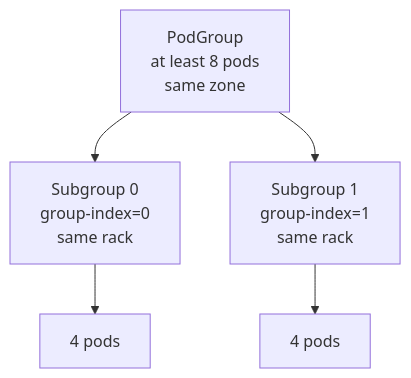
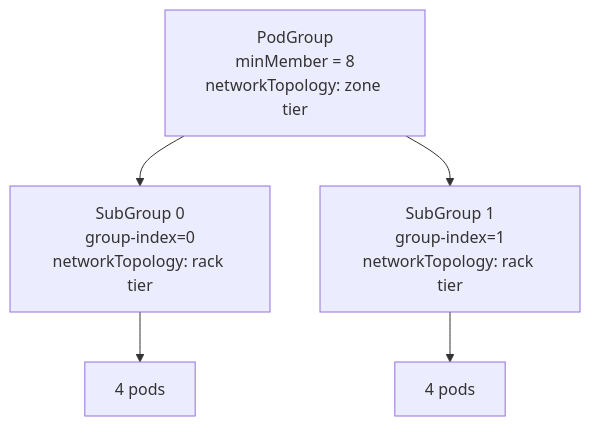
One commit to JesseStutler/volcano changed the fifth of 11 diagrams in docs/research/k8s-workload-aware-scheduling-vs-volcano.md. Above: the diagram before and after it, drawn with Mermaid. The commit also changed other lines of this file and 1 other file, not shown here.

````diff
--- a/docs/research/k8s-workload-aware-scheduling-vs-volcano.md
+++ b/docs/research/k8s-workload-aware-scheduling-vs-volcano.md
@@ -322,10 +245,10 @@
 ```mermaid
 flowchart TD
-    VPG["PodGroup<br/>at least 8 pods<br/>same zone"]
-    S0["Subgroup 0<br/>group-index=0<br/>same rack"]
-    S1["Subgroup 1<br/>group-index=1<br/>same rack"]
+    VPG["PodGroup<br/>minMember = 8<br/>networkTopology: zone tier"]
+    S0["SubGroup 0<br/>group-index=0<br/>networkTopology: rack tier"]
+    S1["SubGroup 1<br/>group-index=1<br/>networkTopology: rack tier"]
     VPG --> S0
     VPG --> S1
     S0 --> VP0["4 pods"]
     S1 --> VP1["4 pods"]
 ```
````
